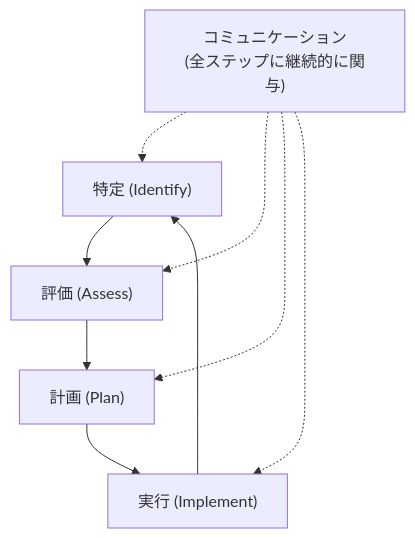
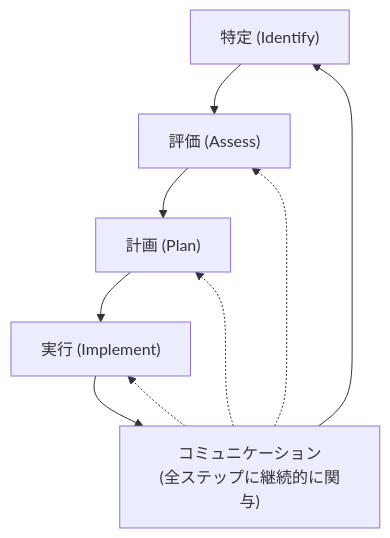
The seventh of 10 diagrams in Prince2-7-foundation-guide.md (myoshi2891/Management-Team-Building-Studies), drawn with Mermaid before and after one commit. The commit also changed other lines of this file and 1 other file, not shown here.

Commit message:
docs(prince2): clarify risk procedure flow, stage boundary wording, and guide description

````diff
--- a/Prince2-7-foundation-guide.md
+++ b/Prince2-7-foundation-guide.md
@@ -255,11 +255,11 @@
 ```mermaid
 flowchart TB
     ID["特定 (Identify)"] --> AS["評価 (Assess)"]
     AS --> PLAN["計画 (Plan)"]
     PLAN --> IMP["実行 (Implement)"]
-    IMP --> ID
-    COMM["コミュニケーション<br/>(全ステップに継続的に関与)"] -.-> ID
+    IMP --> COMM["コミュニケーション<br/>(全ステップに継続的に関与)"]
+    COMM --> ID
     COMM -.-> AS
     COMM -.-> PLAN
     COMM -.-> IMP
 ```
````
